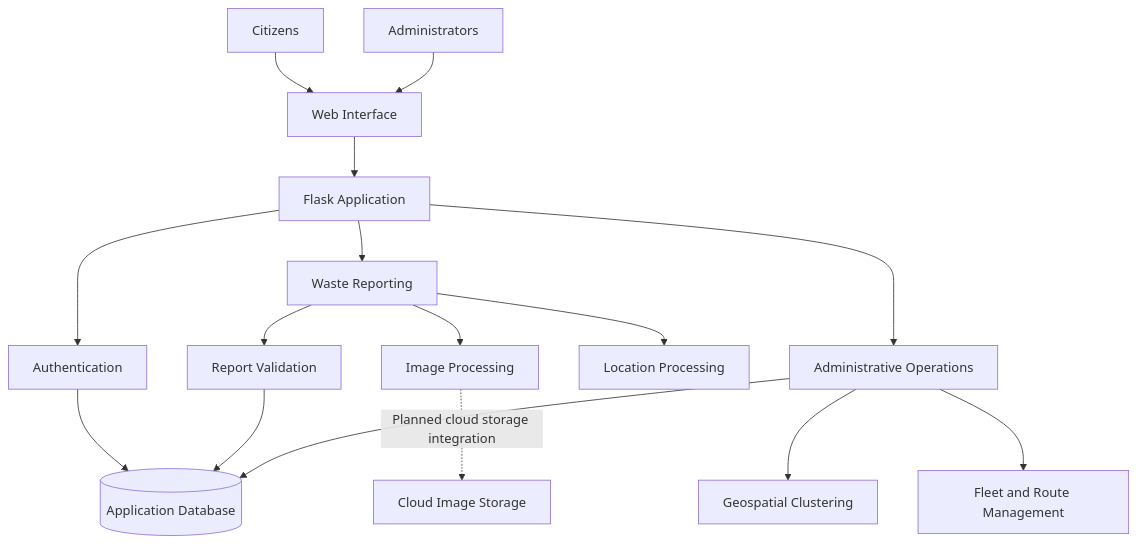
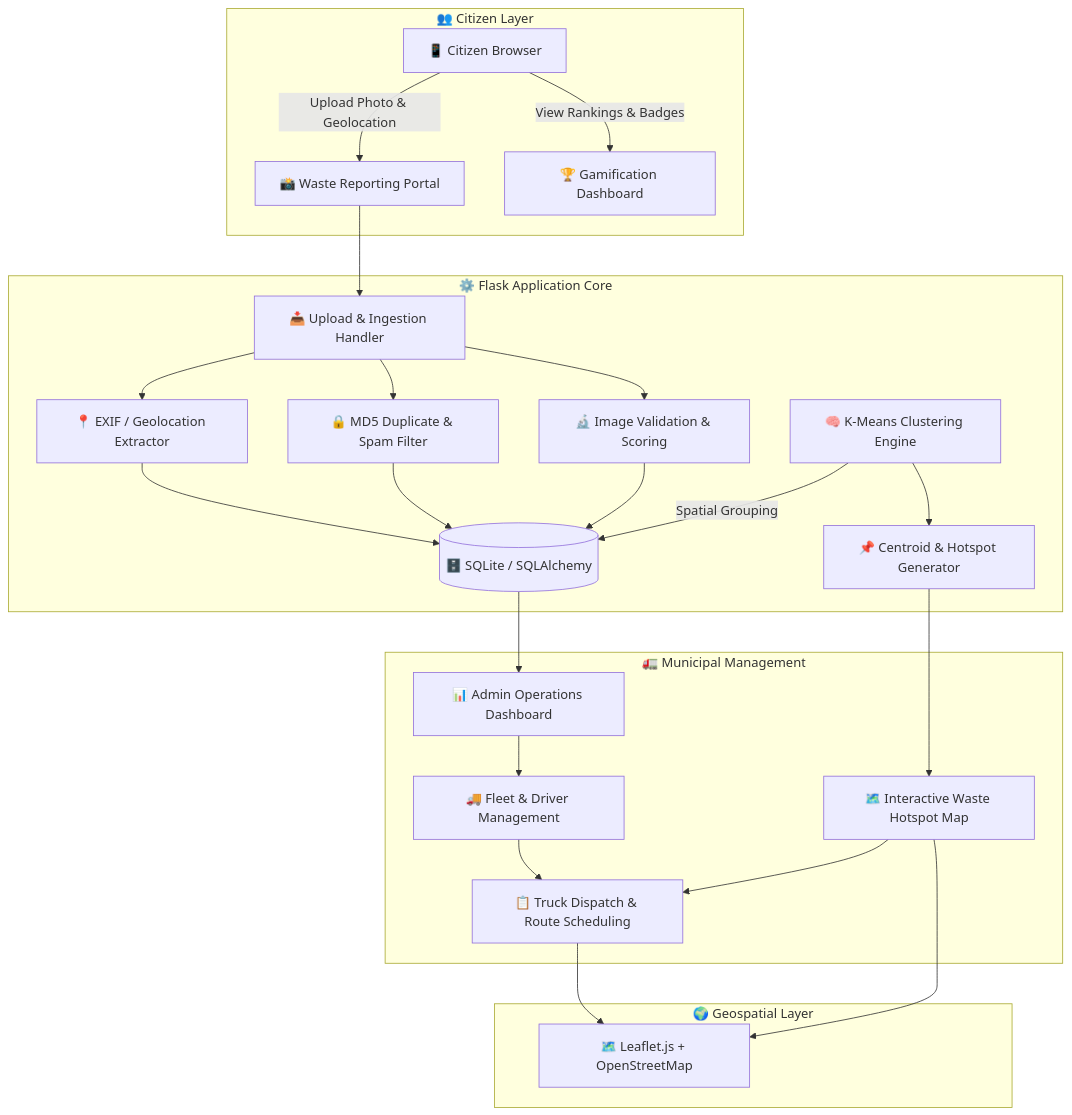
One commit to meliorism01/CiviClean changed the diagram in README.md. Above: the diagram before and after it, drawn with Mermaid. The commit also changed other lines of this file, not shown here.

Commit message:
docs: professional hackathon-grade README with live demo, architecture, and full documentation

````diff
--- a/README.md
+++ b/README.md
@@ -159,24 +105,31 @@
 ```mermaid
 flowchart TD
-    A[Citizens] --> B[Web Interface]
-    C[Administrators] --> B
+    subgraph Citizens["👥 Citizen Layer"]
+        A["📱 Citizen Browser"] -->|"Upload Photo & Geolocation"| B["📸 Waste Reporting Portal"]
+        A -->|"View Rankings & Badges"| C["🏆 Gamification Dashboard"]
+    end
 
-    B --> D[Flask Application]
+    subgraph Backend["⚙️ Flask Application Core"]
+        B --> D["📥 Upload & Ingestion Handler"]
+        D --> E["📍 EXIF / Geolocation Extractor"]
+        D --> F["🔒 MD5 Duplicate & Spam Filter"]
+        D --> G["🔬 Image Validation & Scoring"]
 
-    D --> E[Authentication]
-    D --> F[Waste Reporting]
-    D --> G[Administrative Operations]
+        E & F & G --> H[("🗄️ SQLite / SQLAlchemy")]
 
-    F --> H[Image Processing]
-    F --> I[Location Processing]
-    F --> J[Report Validation]
+        I["🧠 K-Means Clustering Engine"] -->|"Spatial Grouping"| H
+        I --> J["📌 Centroid & Hotspot Generator"]
+    end
 
-    E --> K[(Application Database)]
-    J --> K
-    G --> K
+    subgraph Administration["🚛 Municipal Management"]
+        H --> K["📊 Admin Operations Dashboard"]
+        J --> L["🗺️ Interactive Waste Hotspot Map"]
+        K --> M["🚚 Fleet & Driver Management"]
+        L & M --> N["📋 Truck Dispatch & Route Scheduling"]
+    end
 
-    G --> L[Geospatial Clustering]
-    G --> M[Fleet and Route Management]
-
-    H -. Planned cloud storage integration .-> N[Cloud Image Storage]
+    subgraph Mapping["🌍 Geospatial Layer"]
+        L --> O["🗺️ Leaflet.js + OpenStreetMap"]
+        N --> O
+    end
 ```
````
